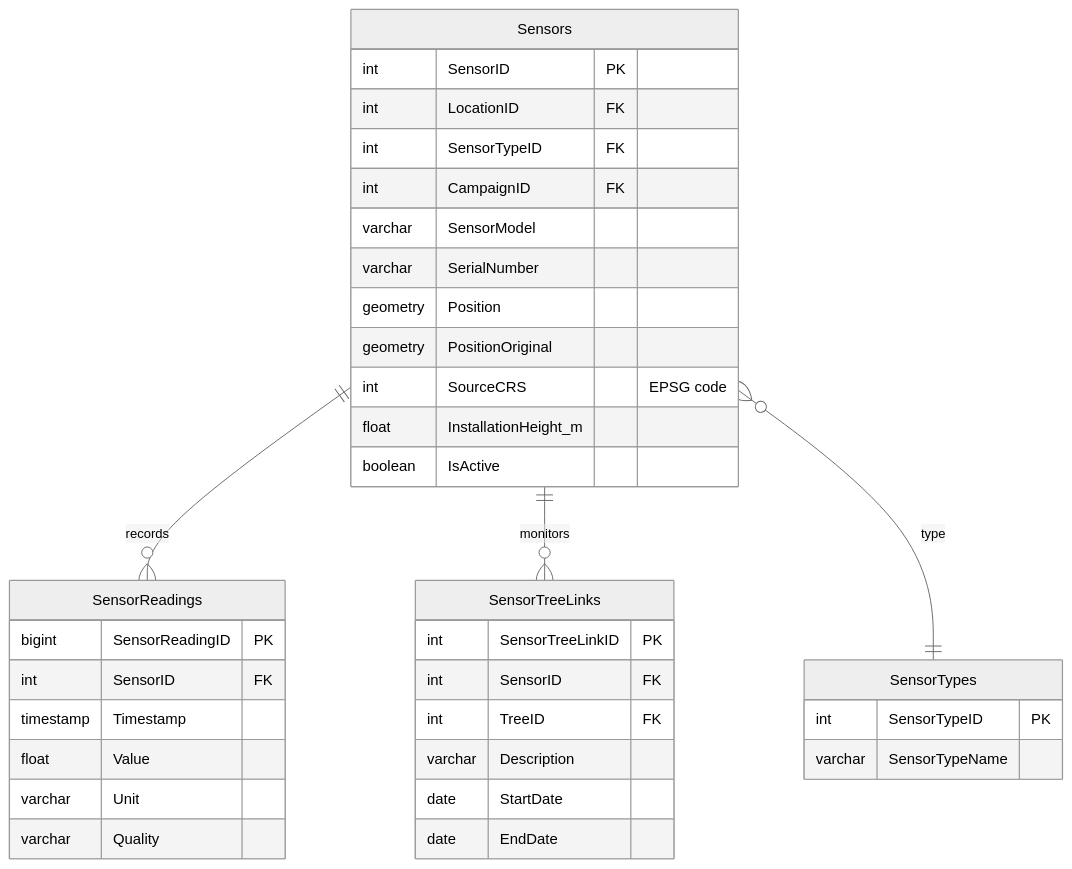
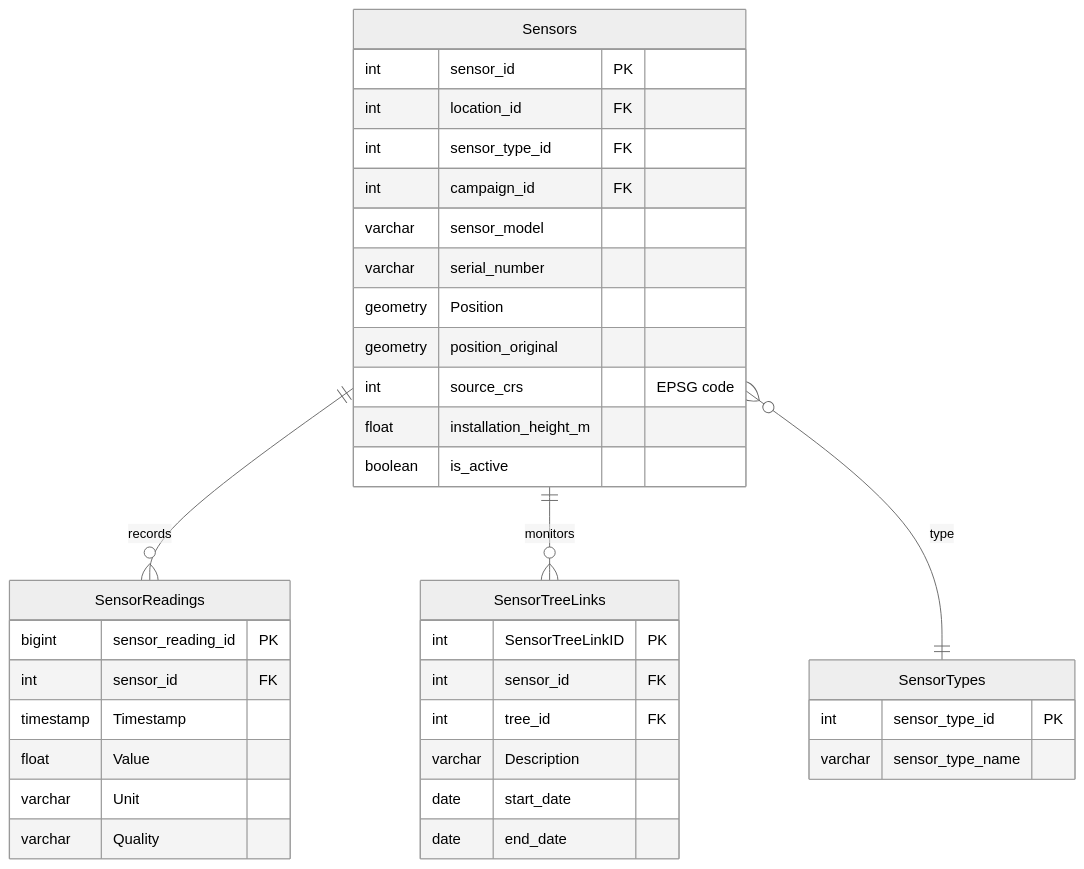
Before and after one commit to XRFutureForests/digital-twin-db: the third of 7 diagrams in docs/database-overview.md, drawn with Mermaid (neutral theme). The commit also changed other lines of this file and 11 other files, not shown here.

First line of the commit message:
docs: snake_case column names in examples and schema references

````diff
--- a/docs/database-overview.md
+++ b/docs/database-overview.md
@@ -347,43 +347,43 @@
 ```mermaid
 erDiagram
     Sensors {
-        int SensorID PK
-        int LocationID FK
-        int SensorTypeID FK
-        int CampaignID FK
-        varchar SensorModel
-        varchar SerialNumber
+        int sensor_id PK
+        int location_id FK
+        int sensor_type_id FK
+        int campaign_id FK
+        varchar sensor_model
+        varchar serial_number
         geometry Position
-        geometry PositionOriginal
-        int SourceCRS "EPSG code"
-        float InstallationHeight_m
-        boolean IsActive
+        geometry position_original
+        int source_crs "EPSG code"
+        float installation_height_m
+        boolean is_active
     }
 
     SensorReadings {
-        bigint SensorReadingID PK
-        int SensorID FK
+        bigint sensor_reading_id PK
+        int sensor_id FK
         timestamp Timestamp
         float Value
         varchar Unit
         varchar Quality
     }
 
     SensorTreeLinks {
         int SensorTreeLinkID PK
-        int SensorID FK
-        int TreeID FK
+        int sensor_id FK
+        int tree_id FK
         varchar Description
-        date StartDate
-        date EndDate
+        date start_date
+        date end_date
     }
 
     SensorTypes {
-        int SensorTypeID PK
-        varchar SensorTypeName
+        int sensor_type_id PK
+        varchar sensor_type_name
     }
 
     Sensors ||--o{ SensorReadings : "records"
     Sensors ||--o{ SensorTreeLinks : "monitors"
     Sensors }o--|| SensorTypes : "type"
 ```
````
